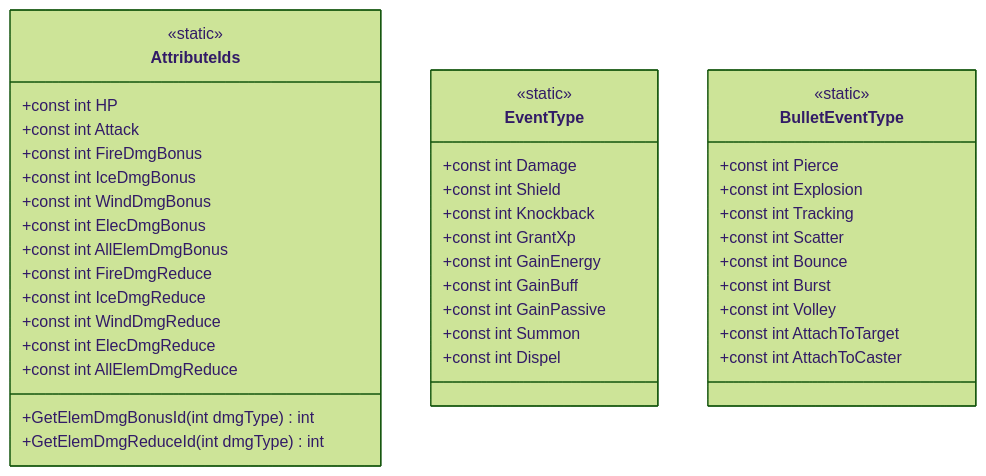
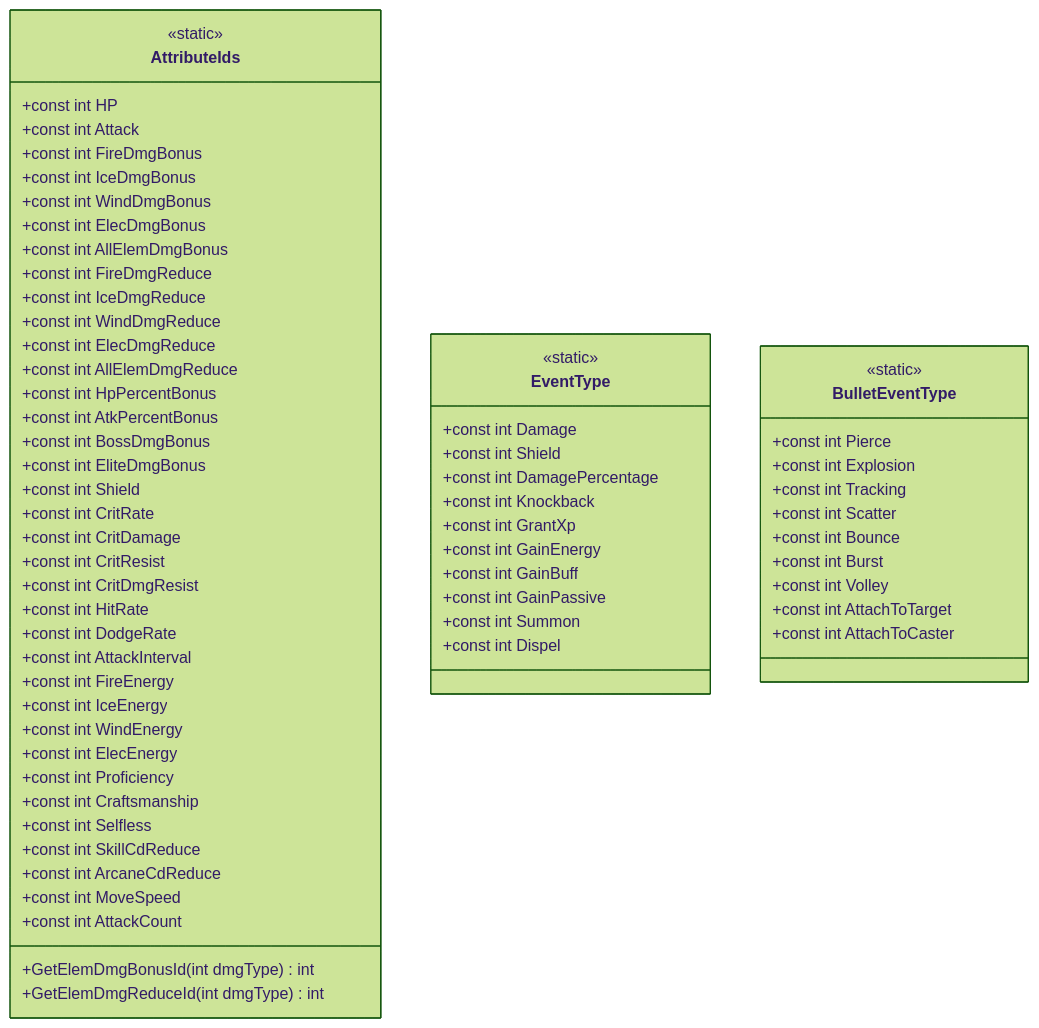
The second of 15 diagrams in .qoder/repowiki/zh/content/核心架构/游戏常量与类型.md (Tuusen/p1_client), drawn with Mermaid (forest theme) before and after one commit. The commit also changed other lines of this file and 11 other files, not shown here.

````diff
--- a/.qoder/repowiki/zh/content/核心架构/游戏常量与类型.md
+++ b/.qoder/repowiki/zh/content/核心架构/游戏常量与类型.md
@@ -126,44 +137,68 @@
 ```mermaid
 classDiagram
 class AttributeIds {
 <<static>>
 +const int HP
 +const int Attack
 +const int FireDmgBonus
 +const int IceDmgBonus
 +const int WindDmgBonus
 +const int ElecDmgBonus
 +const int AllElemDmgBonus
 +const int FireDmgReduce
 +const int IceDmgReduce
 +const int WindDmgReduce
 +const int ElecDmgReduce
 +const int AllElemDmgReduce
++const int HpPercentBonus
++const int AtkPercentBonus
++const int BossDmgBonus
++const int EliteDmgBonus
++const int Shield
++const int CritRate
++const int CritDamage
++const int CritResist
++const int CritDmgResist
++const int HitRate
++const int DodgeRate
++const int AttackInterval
++const int FireEnergy
++const int IceEnergy
++const int WindEnergy
++const int ElecEnergy
++const int Proficiency
++const int Craftsmanship
++const int Selfless
++const int SkillCdReduce
++const int ArcaneCdReduce
++const int MoveSpeed
++const int AttackCount
 +GetElemDmgBonusId(int dmgType) int
 +GetElemDmgReduceId(int dmgType) int
 }
 class EventType {
 <<static>>
 +const int Damage
 +const int Shield
++const int DamagePercentage
 +const int Knockback
 +const int GrantXp
 +const int GainEnergy
 +const int GainBuff
 +const int GainPassive
 +const int Summon
 +const int Dispel
 }
 class BulletEventType {
 <<static>>
 +const int Pierce
 +const int Explosion
 +const int Tracking
 +const int Scatter
 +const int Bounce
 +const int Burst
 +const int Volley
 +const int AttachToTarget
 +const int AttachToCaster
 }
 ```
````
